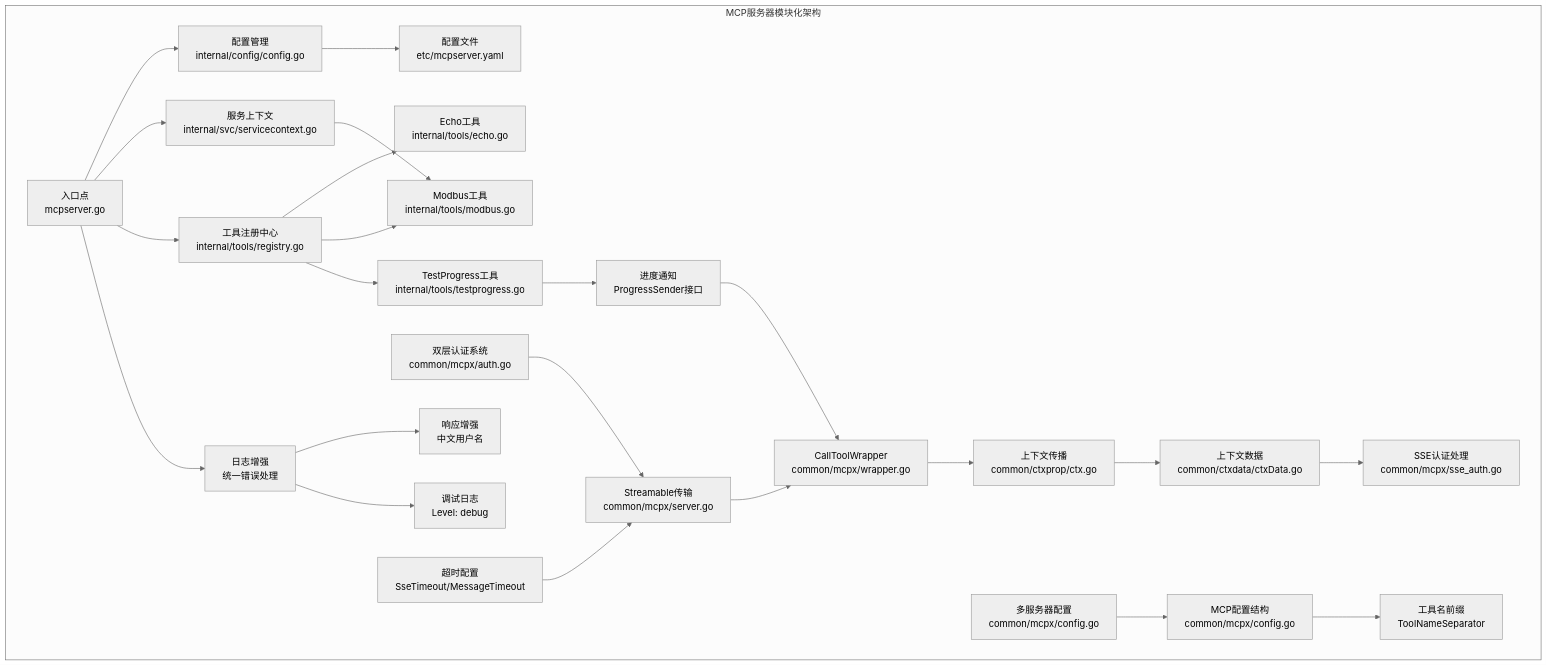
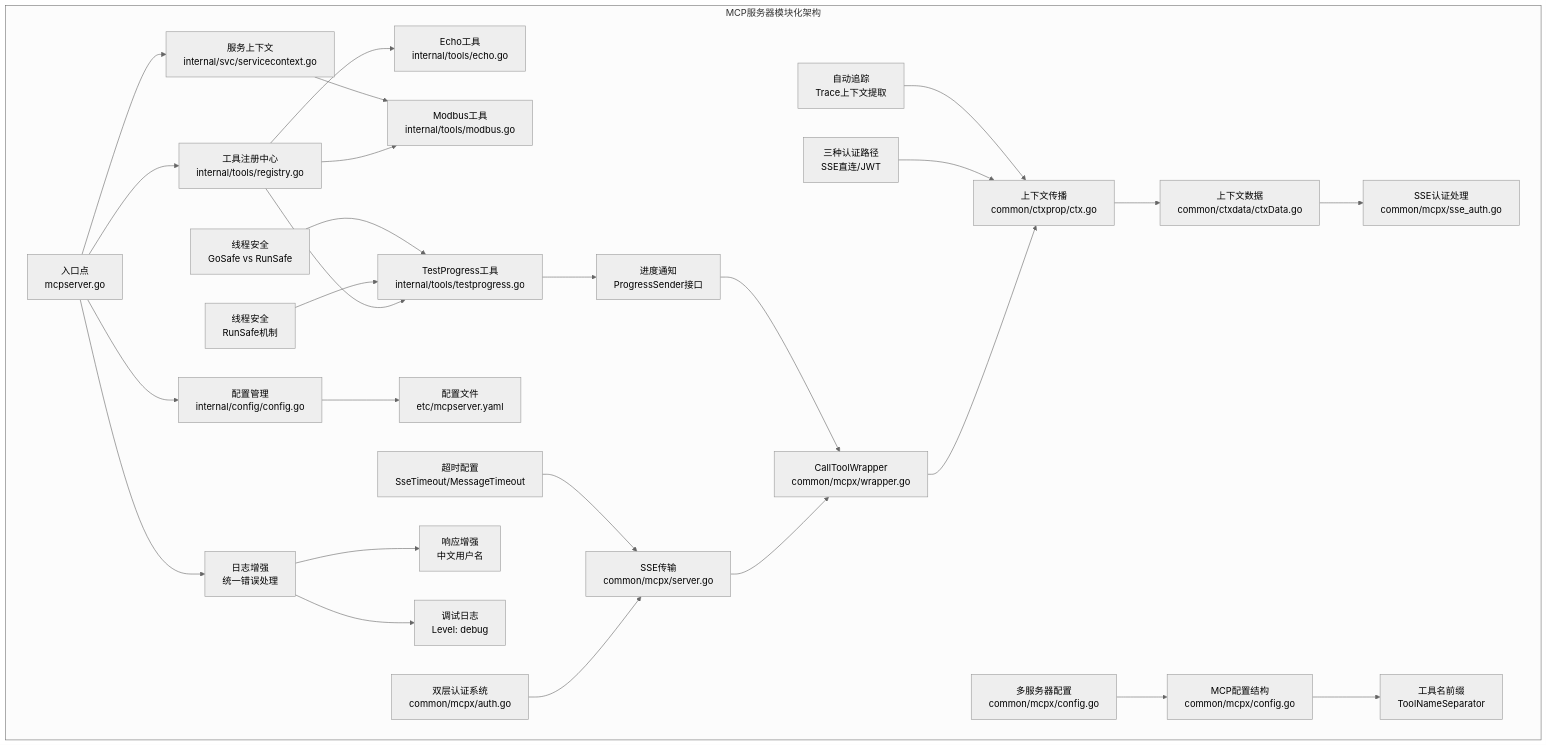
Before and after one commit to maomao94/zero-service: the first of 17 diagrams in .qoder/repowiki/zh/content/AI应用模块/MCP服务器.md, drawn with Mermaid (neutral theme). The commit also changed other lines of this file and 58 other files, not shown here.

````diff
--- a/.qoder/repowiki/zh/content/AI应用模块/MCP服务器.md
+++ b/.qoder/repowiki/zh/content/AI应用模块/MCP服务器.md
@@ -140,48 +146,56 @@
 ```mermaid
 graph TB
 subgraph "MCP服务器模块化架构"
 CFG["配置管理<br/>internal/config/config.go"]
 CTX["服务上下文<br/>internal/svc/servicecontext.go"]
 REG["工具注册中心<br/>internal/tools/registry.go"]
 ECHO["Echo工具<br/>internal/tools/echo.go"]
 MODBUS["Modbus工具<br/>internal/tools/modbus.go"]
 TESTPROGRESS["TestProgress工具<br/>internal/tools/testprogress.go"]
 ENTRY["入口点<br/>mcpserver.go"]
 CONF["配置文件<br/>etc/mcpserver.yaml"]
 AUTH["双层认证系统<br/>common/mcpx/auth.go"]
-STREAM["Streamable传输<br/>common/mcpx/server.go"]
+SSE["SSE传输<br/>common/mcpx/server.go"]
 WRAPPER["CallToolWrapper<br/>common/mcpx/wrapper.go"]
 CTXPROP["上下文传播<br/>common/ctxprop/ctx.go"]
 CTXDATA["上下文数据<br/>common/ctxdata/ctxData.go"]
 SSEAUTH["SSE认证处理<br/>common/mcpx/sse_auth.go"]
 MSERVER["多服务器配置<br/>common/mcpx/config.go"]
 MCPCFG["MCP配置结构<br/>common/mcpx/config.go"]
 ENDPOINT["工具名前缀<br/>ToolNameSeparator"]
 LOGENHANCE["日志增强<br/>统一错误处理"]
 RESPONSE["响应增强<br/>中文用户名"]
 DEBUGLOG["调试日志<br/>Level: debug"]
 PROGRESS["进度通知<br/>ProgressSender接口"]
 TIMEOUT["超时配置<br/>SseTimeout/MessageTimeout"]
+THREEPATHS["三种认证路径<br/>SSE直连/JWT"]
+AUTOTRACE["自动追踪<br/>Trace上下文提取"]
+RUNSAFE["线程安全<br/>RunSafe机制"]
+THREADSAFE["线程安全<br/>GoSafe vs RunSafe"]
 end
 ENTRY --> CFG
 ENTRY --> CTX
 ENTRY --> REG
 REG --> ECHO
 REG --> MODBUS
 REG --> TESTPROGRESS
 CTX --> MODBUS
 CFG --> CONF
-AUTH --> STREAM
-STREAM --> WRAPPER
+AUTH --> SSE
+SSE --> WRAPPER
 WRAPPER --> CTXPROP
 CTXPROP --> CTXDATA
 CTXDATA --> SSEAUTH
 ENTRY --> LOGENHANCE
 LOGENHANCE --> RESPONSE
 LOGENHANCE --> DEBUGLOG
 MSERVER --> MCPCFG
 MCPCFG --> ENDPOINT
 TESTPROGRESS --> PROGRESS
 PROGRESS --> WRAPPER
-TIMEOUT --> STREAM
+TIMEOUT --> SSE
+THREEPATHS --> CTXPROP
+AUTOTRACE --> CTXPROP
+RUNSAFE --> TESTPROGRESS
+THREADSAFE --> TESTPROGRESS
 ```
````
